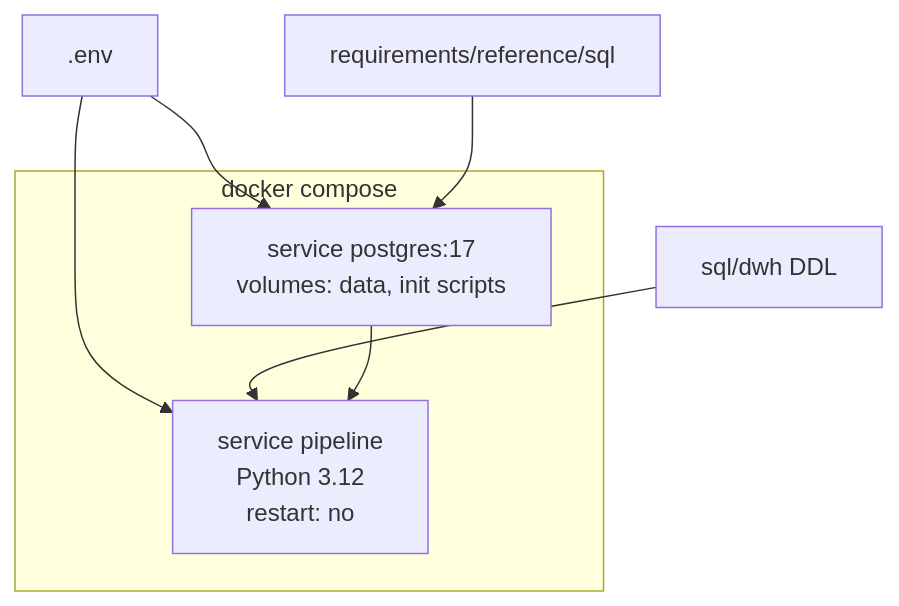
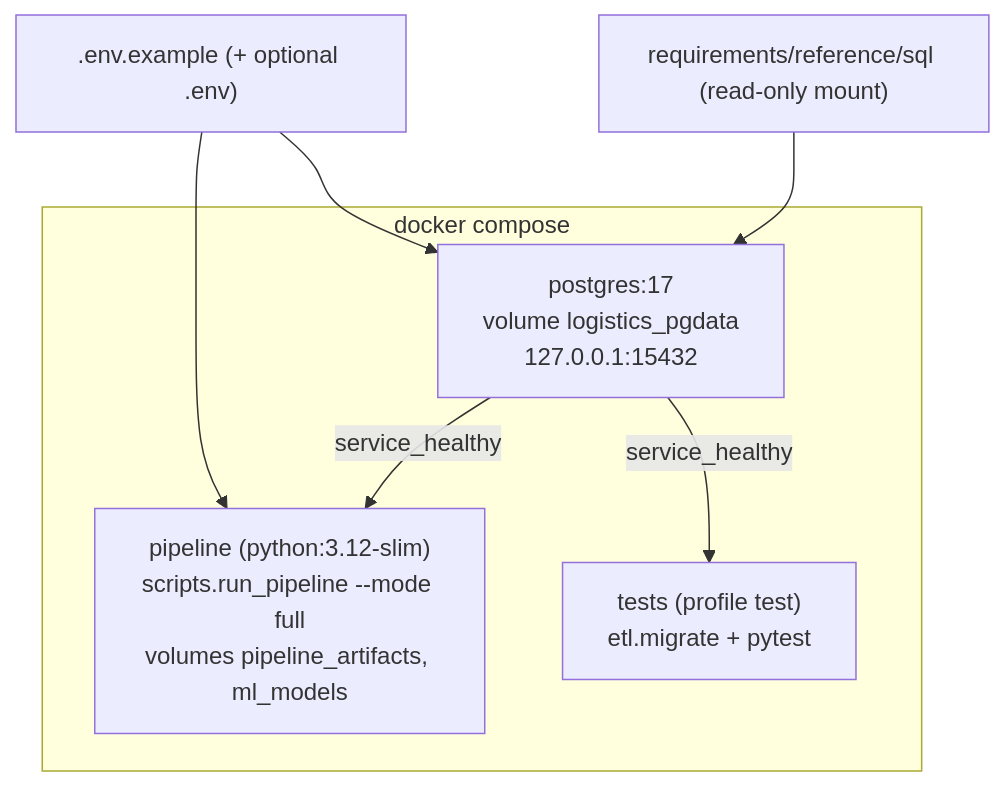
One commit to stackmesh/logistics-data-platform changed the third of 3 diagrams in docs/architecture.md. Above: the diagram before and after it, drawn with Mermaid. The commit also changed other lines of this file and 10 other files, not shown here.

````diff
--- a/docs/architecture.md
+++ b/docs/architecture.md
@@ -283,13 +124,13 @@
 ```mermaid
 flowchart TB
   subgraph compose ["docker compose"]
-    pg["service postgres:17<br/>volumes: data, init scripts"]
-    job["service pipeline<br/>Python 3.12<br/>restart: no"]
+    pg["postgres:17<br/>volume logistics_pgdata<br/>127.0.0.1:15432"]
+    job["pipeline (python:3.12-slim)<br/>scripts.run_pipeline --mode full<br/>volumes pipeline_artifacts, ml_models"]
+    tests["tests (profile test)<br/>etl.migrate + pytest"]
   end
-
-  env[".env"] --> pg
+  env[".env.example (+ optional .env)"] --> pg
   env --> job
-  refSql["requirements/reference/sql"] --> pg
-  dwhSql["sql/dwh DDL"] --> job
-  pg --> job
+  refSql["requirements/reference/sql (read-only mount)"] --> pg
+  pg -->|service_healthy| job
+  pg -->|service_healthy| tests
 ```
````
